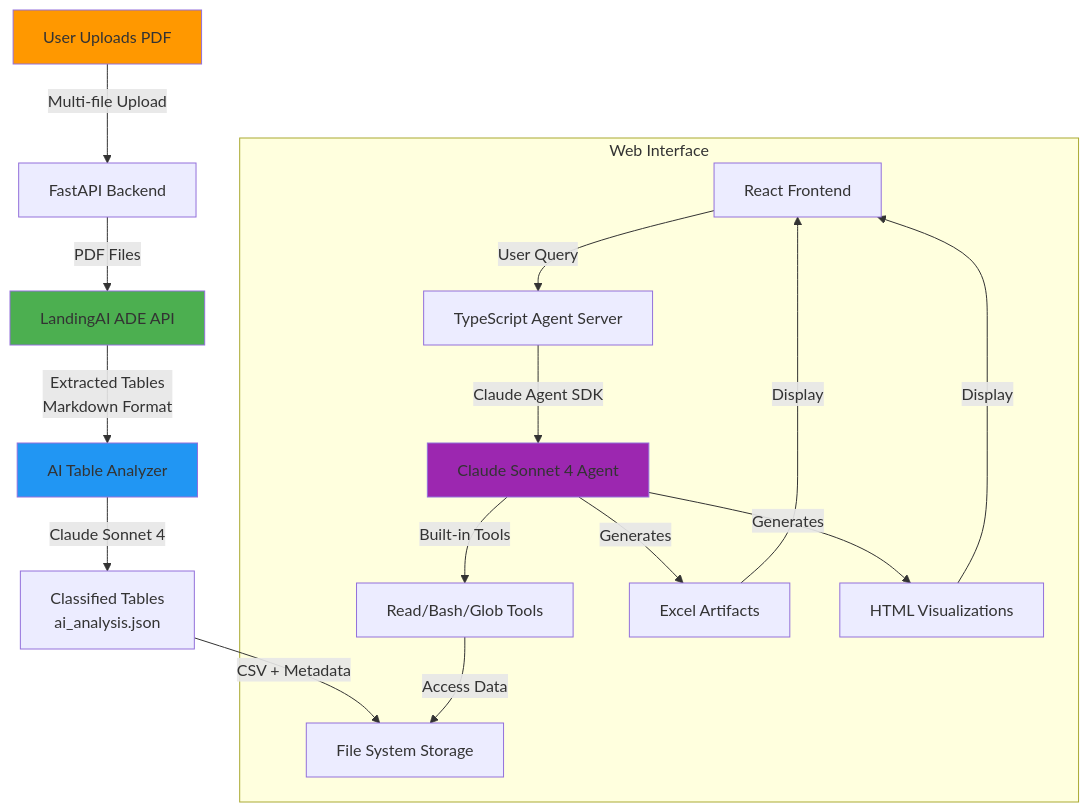
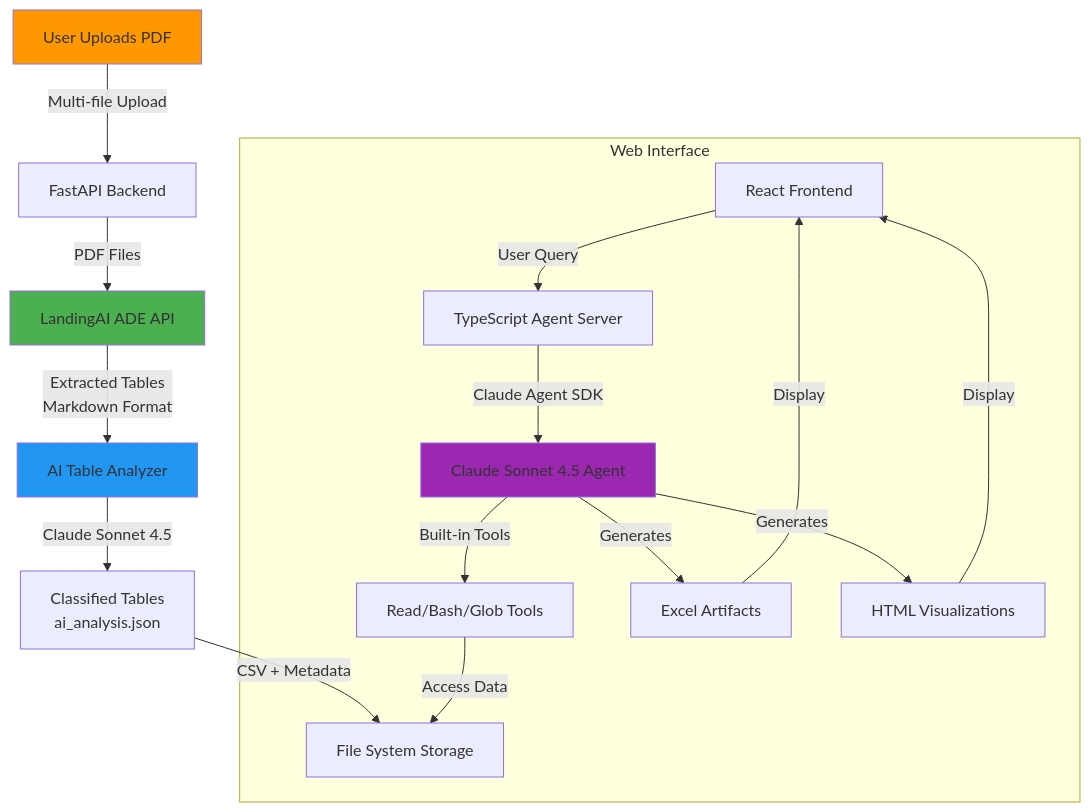
Before and after one commit to Thanakorn-AI/FinForge_AI_submission: the diagram in README.md, drawn with Mermaid. The commit also changed other lines of this file, not shown here.

Commit message:
Fix: Update to Claude Sonnet 4.5 and clarify no custom training

````diff
--- a/README.md
+++ b/README.md
@@ -25,24 +25,24 @@
 ```mermaid
 graph TB
     A[User Uploads PDF] -->|Multi-file Upload| B[FastAPI Backend]
     B -->|PDF Files| C[LandingAI ADE API]
     C -->|Extracted Tables<br/>Markdown Format| D[AI Table Analyzer]
-    D -->|Claude Sonnet 4| E[Classified Tables<br/>ai_analysis.json]
+    D -->|Claude Sonnet 4.5| E[Classified Tables<br/>ai_analysis.json]
     E -->|CSV + Metadata| F[File System Storage]
 
     subgraph "Web Interface"
         G[React Frontend] -->|User Query| H[TypeScript Agent Server]
-        H -->|Claude Agent SDK| I[Claude Sonnet 4 Agent]
+        H -->|Claude Agent SDK| I[Claude Sonnet 4.5 Agent]
         I -->|Built-in Tools| J[Read/Bash/Glob Tools]
         J -->|Access Data| F
         I -->|Generates| K[Excel Artifacts]
         I -->|Generates| L[HTML Visualizations]
         K -->|Display| G
         L -->|Display| G
     end
 
     style C fill:#4CAF50
     style D fill:#2196F3
     style I fill:#9C27B0
     style A fill:#FF9800
 ```
````
